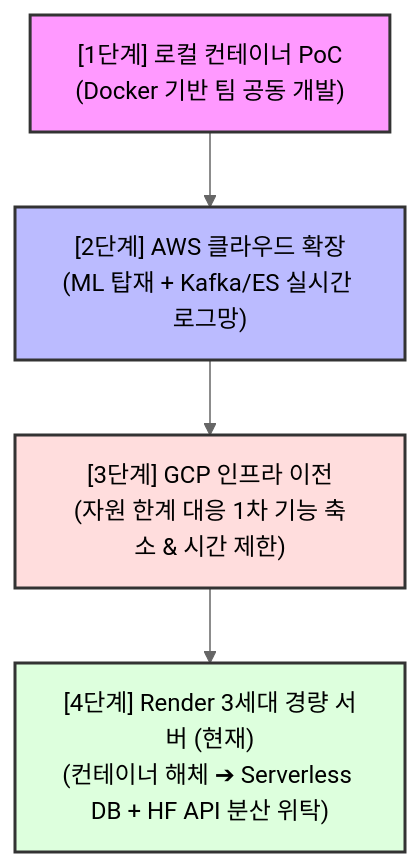
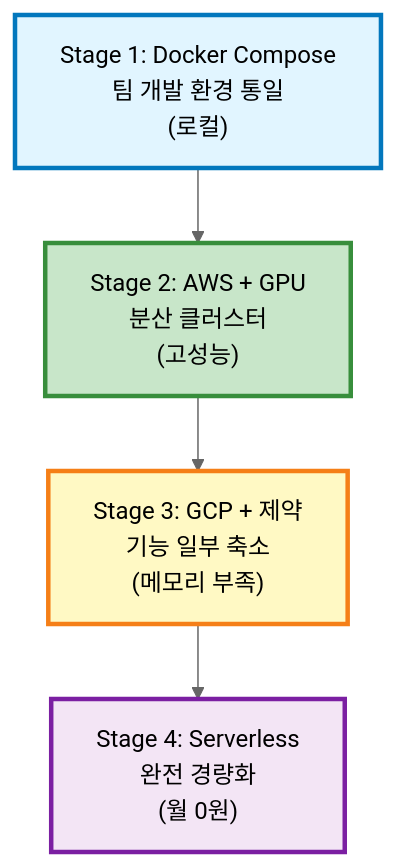
Before and after one commit to daniel-dataflow/lookalike-lightweight: the diagram in README.md, drawn with Mermaid (neutral theme). The commit also changed other lines of this file, not shown here.

````diff
--- a/README.md
+++ b/README.md
@@ -152,12 +234,12 @@
 ```mermaid
 graph TD
-    A["[1단계] 로컬 컨테이너 PoC<br>(Docker 기반 팀 공동 개발)"] 
-    --> B["[2단계] AWS 클라우드 확장<br>(ML 탑재 + Kafka/ES 실시간 로그망)"]
-    --> C["[3단계] GCP 인프라 이전<br>(자원 한계 대응 1차 기능 축소 & 시간 제한)"]
-    --> D["[4단계] Render 3세대 경량 서버 (현재)<br>(컨테이너 해체 ➔ Serverless DB + HF API 분산 위탁)"]
+    A["Stage 1: Docker Compose<br/>팀 개발 환경 통일<br/>(로컬)"] 
+    --> B["Stage 2: AWS + GPU<br/>분산 클러스터<br/>(고성능)"]
+    --> C["Stage 3: GCP + 제약<br/>기능 일부 축소<br/>(메모리 부족)"]
+    --> D["Stage 4: Serverless<br/>완전 경량화<br/>(월 0원)"]
     
-    style A fill:#f9f,stroke:#333,stroke-width:2px
-    style B fill:#bbf,stroke:#333,stroke-width:2px
-    style C fill:#fdd,stroke:#333,stroke-width:2px
-    style D fill:#dfd,stroke:#333,stroke-width:2px
+    style A fill:#e1f5ff,stroke:#0277bd,stroke-width:3px
+    style B fill:#c8e6c9,stroke:#388e3c,stroke-width:3px
+    style C fill:#fff9c4,stroke:#f57f17,stroke-width:3px
+    style D fill:#f3e5f5,stroke:#7b1fa2,stroke-width:3px
 ```
````
